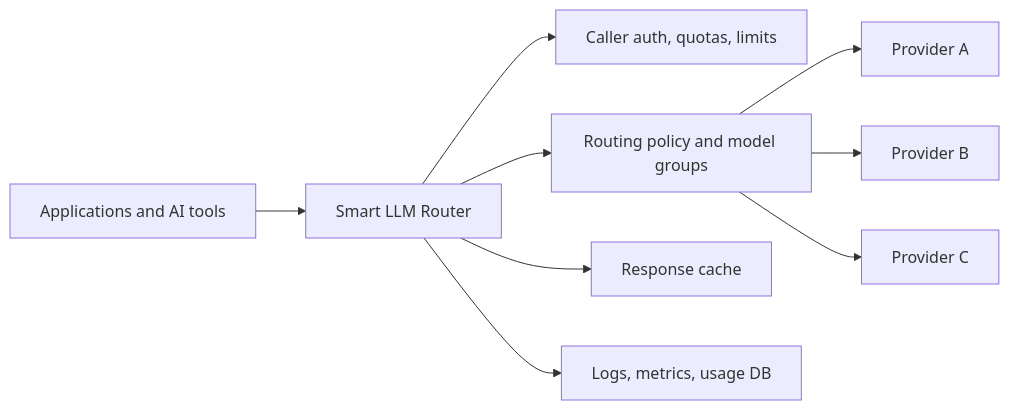
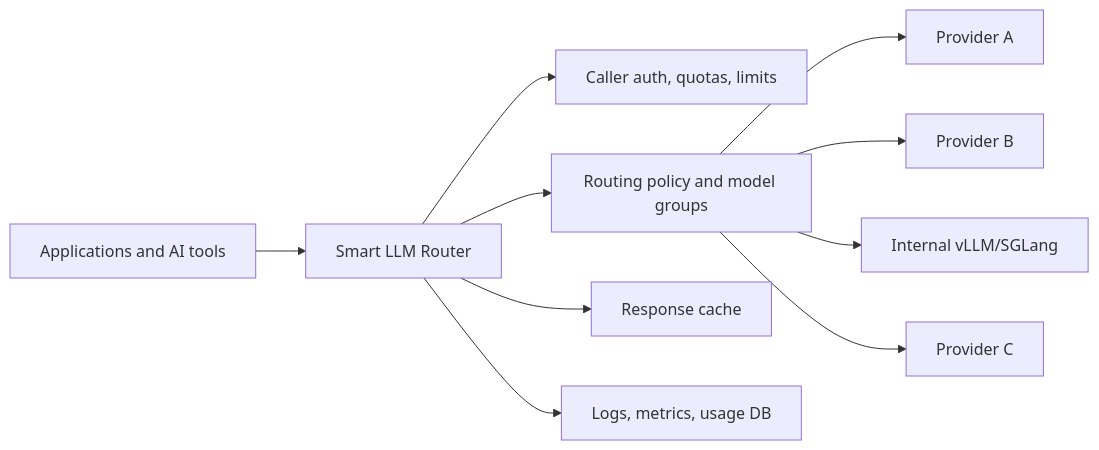
One commit to Metrum-AI-Products/genai-smart-router changed the first of 7 diagrams in docs/solution-brief.md. Above: the diagram before and after it, drawn with Mermaid. The commit also changed other lines of this file and 22 other files, not shown here.

````diff
--- a/docs/solution-brief.md
+++ b/docs/solution-brief.md
@@ -13,11 +13,12 @@
 ```mermaid
 flowchart LR
   App[Applications and AI tools] --> Router[Smart LLM Router]
   Router --> Auth[Caller auth, quotas, limits]
   Router --> Policy[Routing policy and model groups]
   Router --> Cache[Response cache]
   Router --> Obs[Logs, metrics, usage DB]
   Policy --> P1[Provider A]
   Policy --> P2[Provider B]
-  Policy --> P3[Provider C]
+  Policy --> P3[Internal vLLM/SGLang]
+  Policy --> P4[Provider C]
 ```
````
